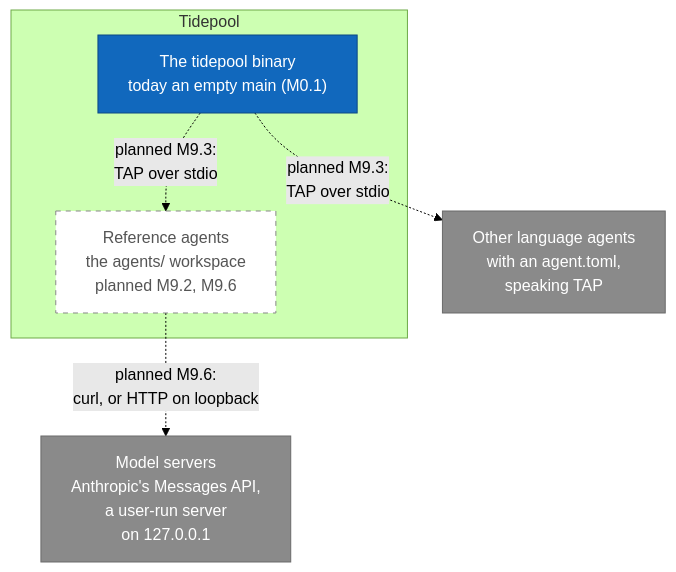
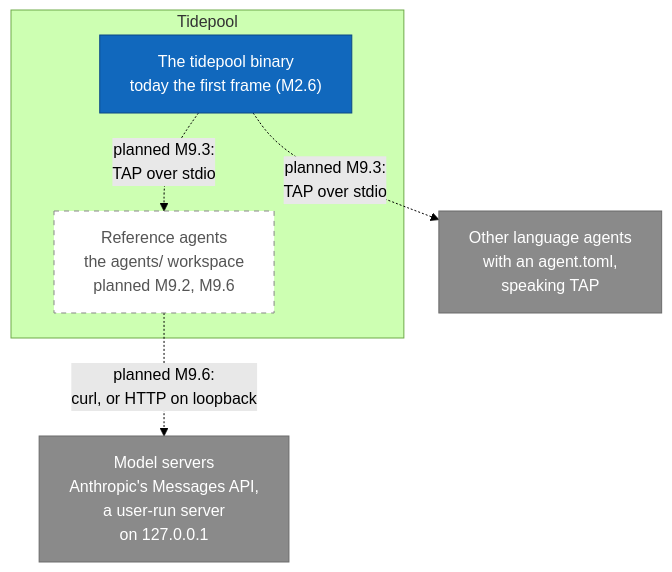
The third of 17 diagrams in diagrams/c4-architecture.md (jabbott-iii/Tidepool), drawn with Mermaid (forest theme) before and after one commit. The commit also changed other lines of this file and 35 other files, not shown here.

First line of the commit message:
gui, app: the first frame (M2.6)

````diff
--- a/diagrams/c4-architecture.md
+++ b/diagrams/c4-architecture.md
@@ -148,20 +150,20 @@
 ```mermaid
 flowchart TB
     subgraph b_tidepool["Tidepool"]
-        c_app["The tidepool binary<br/>today an empty main (M0.1)"]
+        c_app["The tidepool binary<br/>today the first frame (M2.6)"]
         c_agents["Reference agents<br/>the agents/ workspace<br/>planned M9.2, M9.6"]
     end
     e_agents["Other language agents<br/>with an agent.toml,<br/>speaking TAP"]
     e_models["Model servers<br/>Anthropic's Messages API,<br/>a user-run server<br/>on 127.0.0.1"]
 
     c_app -.->|"planned M9.3:<br/>TAP over stdio"| c_agents
     c_app -.->|"planned M9.3:<br/>TAP over stdio"| e_agents
     c_agents -.->|"planned M9.6:<br/>curl, or HTTP on loopback"| e_models
 
     classDef built fill:#1168bd,stroke:#0b4884,color:#ffffff
     classDef external fill:#8a8a8a,stroke:#6b6b6b,color:#ffffff
     classDef planned fill:#ffffff,stroke:#888888,stroke-dasharray: 5 5,color:#555555
     class c_app built
     class c_agents planned
     class e_agents,e_models external
 ```
````
